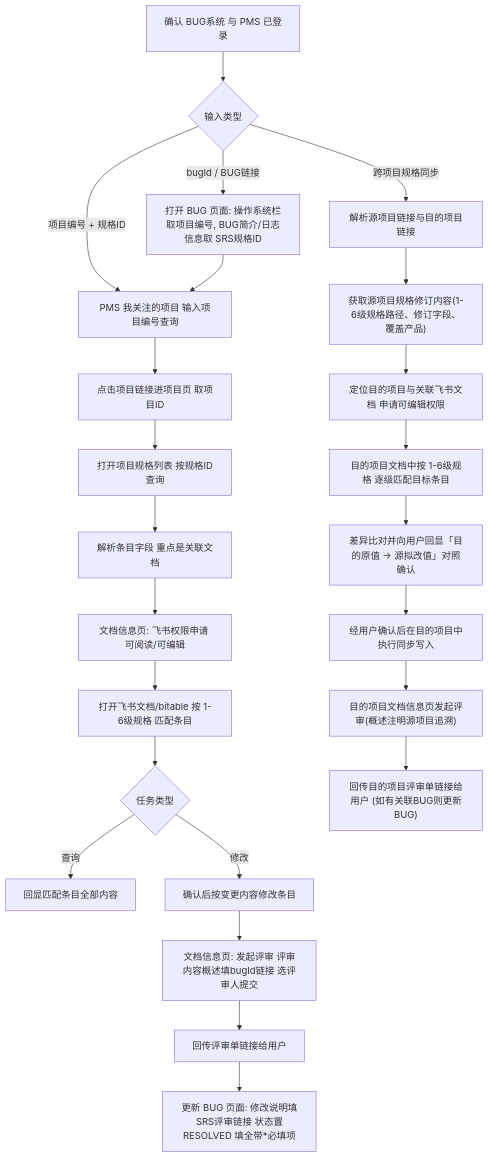
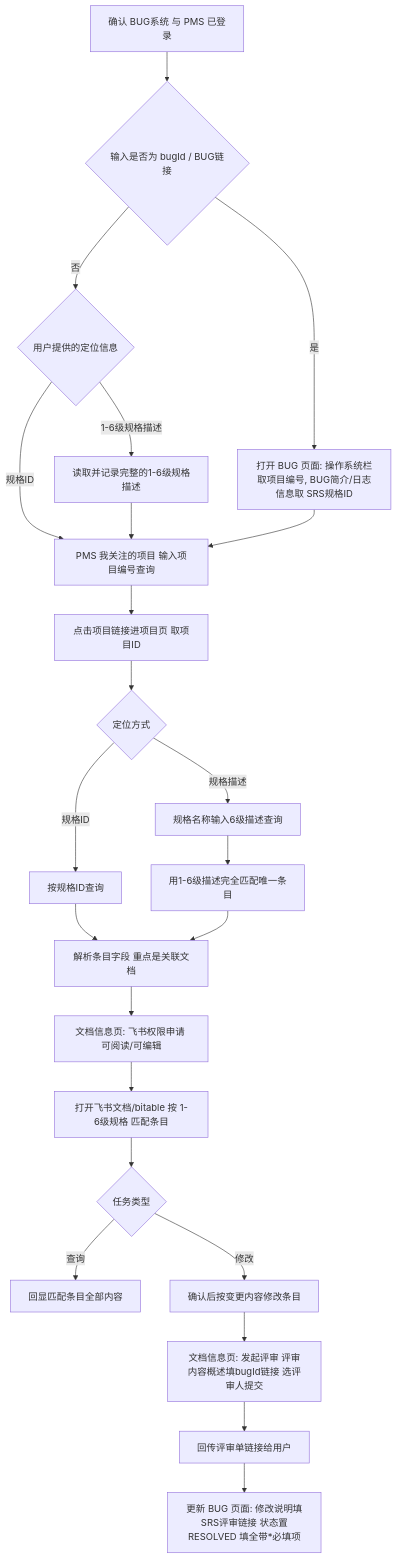
One commit to rj-ruanxueyong/my-skills changed the diagram in srs-spec-manager/SKILL.md. Above: the diagram before and after it, drawn with Mermaid. The commit also changed other lines of this file, not shown here.

Commit message:
描述修订

````diff
--- a/srs-spec-manager/SKILL.md
+++ b/srs-spec-manager/SKILL.md
@@ -38,27 +42,26 @@
 ```mermaid
 flowchart TD
-    A["确认 BUG系统 与 PMS 已登录"] --> B{"输入类型"}
-    B -->|bugId / BUG链接| C["打开 BUG 页面: 操作系统栏取项目编号, BUG简介/日志信息取 SRS规格ID"]
-    B -->|项目编号 + 规格ID| D["PMS 我关注的项目 输入项目编号查询"]
-    B -->|跨项目规格同步| S["解析源项目链接与目的项目链接"]
-    C --> D
-    D --> E["点击项目链接进项目页 取项目ID"]
-    E --> F["打开项目规格列表 按规格ID查询"]
-    F --> G["解析条目字段 重点是关联文档"]
-    G --> H["文档信息页: 飞书权限申请 可阅读/可编辑"]
-    H --> I["打开飞书文档/bitable 按 1-6级规格 匹配条目"]
-    I --> J{"任务类型"}
-    J -->|查询| K["回显匹配条目全部内容"]
-    J -->|修改| L["确认后按变更内容修改条目"]
-    L --> M["文档信息页: 发起评审 评审内容概述填bugId链接 选评审人提交"]
-    M --> N["回传评审单链接给用户"]
-    N --> P["更新 BUG 页面: 修改说明填SRS评审链接 状态置RESOLVED 填全带*必填项"]
 
-    S --> S1["获取源项目规格修订内容(1-6级规格路径、修订字段、覆盖产品)"]
-    S1 --> S2["定位目的项目与关联飞书文档 申请可编辑权限"]
-    S2 --> S3["目的项目文档中按 1-6级规格 逐级匹配目标条目"]
-    S3 --> S4["差异比对并向用户回显「目的原值 → 源拟改值」对照确认"]
-    S4 --> S5["经用户确认后在目的项目中执行同步写入"]
-    S5 --> S6["目的项目文档信息页发起评审(概述注明源项目追溯)"]
-    S6 --> S7["回传目的项目评审单链接给用户 (如有关联BUG则更新BUG)"]
+    A["确认 BUG系统 与 PMS 已登录"] --> B{"输入是否为 bugId / BUG链接"}
+    B -->|是| C["打开 BUG 页面: 操作系统栏取项目编号, BUG简介/日志信息取 SRS规格ID"]
+    B -->|否| D{"用户提供的定位信息"}
+    D -->|规格ID| E
+    D -->|1-6级规格描述| Q["读取并记录完整的1-6级规格描述"]
+    Q --> E
+    C --> E["PMS 我关注的项目 输入项目编号查询"]
+    E --> F["点击项目链接进项目页 取项目ID"]
+    F --> G{"定位方式"}
+    G -->|规格ID| R["按规格ID查询"]
+    G -->|规格描述| S["规格名称输入6级描述查询"]
+    S --> T["用1-6级描述完全匹配唯一条目"]
+    R --> H["解析条目字段 重点是关联文档"]
+    T --> H
+    H --> I["文档信息页: 飞书权限申请 可阅读/可编辑"]
+    I --> J["打开飞书文档/bitable 按 1-6级规格 匹配条目"]
+    J --> K{"任务类型"}
+    K -->|查询| L["回显匹配条目全部内容"]
+    K -->|修改| M["确认后按变更内容修改条目"]
+    M --> N["文档信息页: 发起评审 评审内容概述填bugId链接 选评审人提交"]
+    N --> O["回传评审单链接给用户"]
+    O --> P["更新 BUG 页面: 修改说明填SRS评审链接 状态置RESOLVED 填全带*必填项"]
 ```
````
